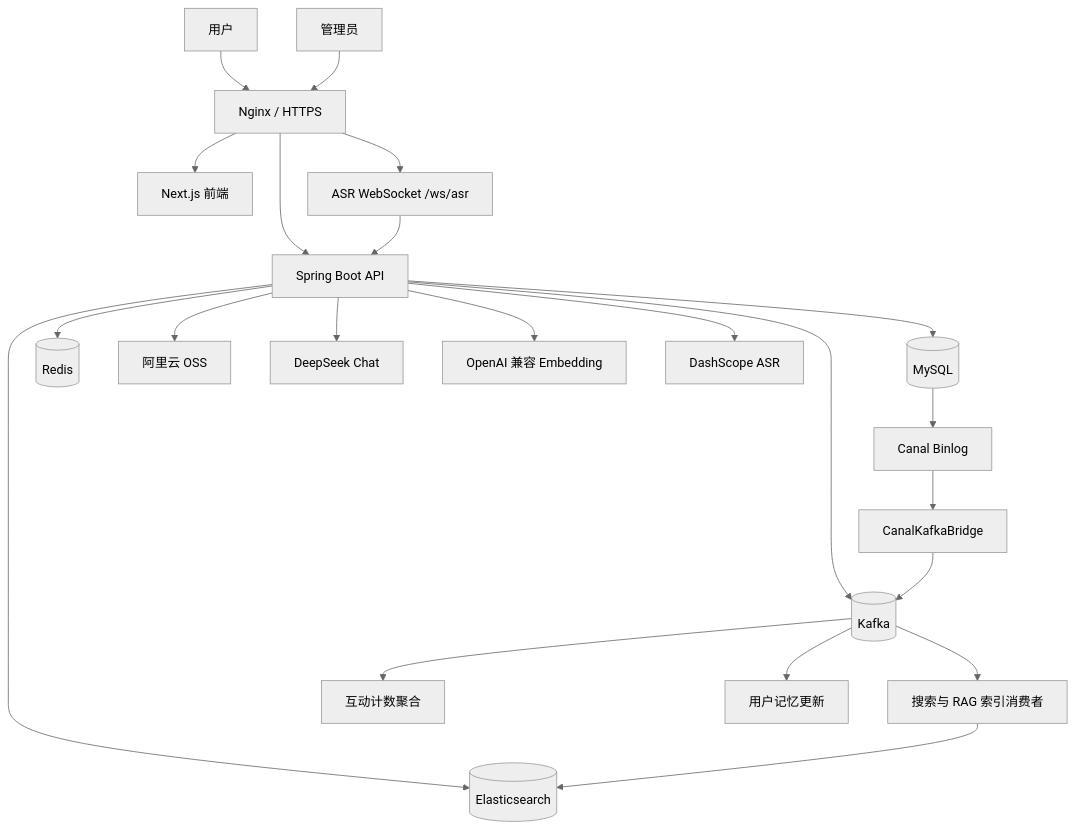
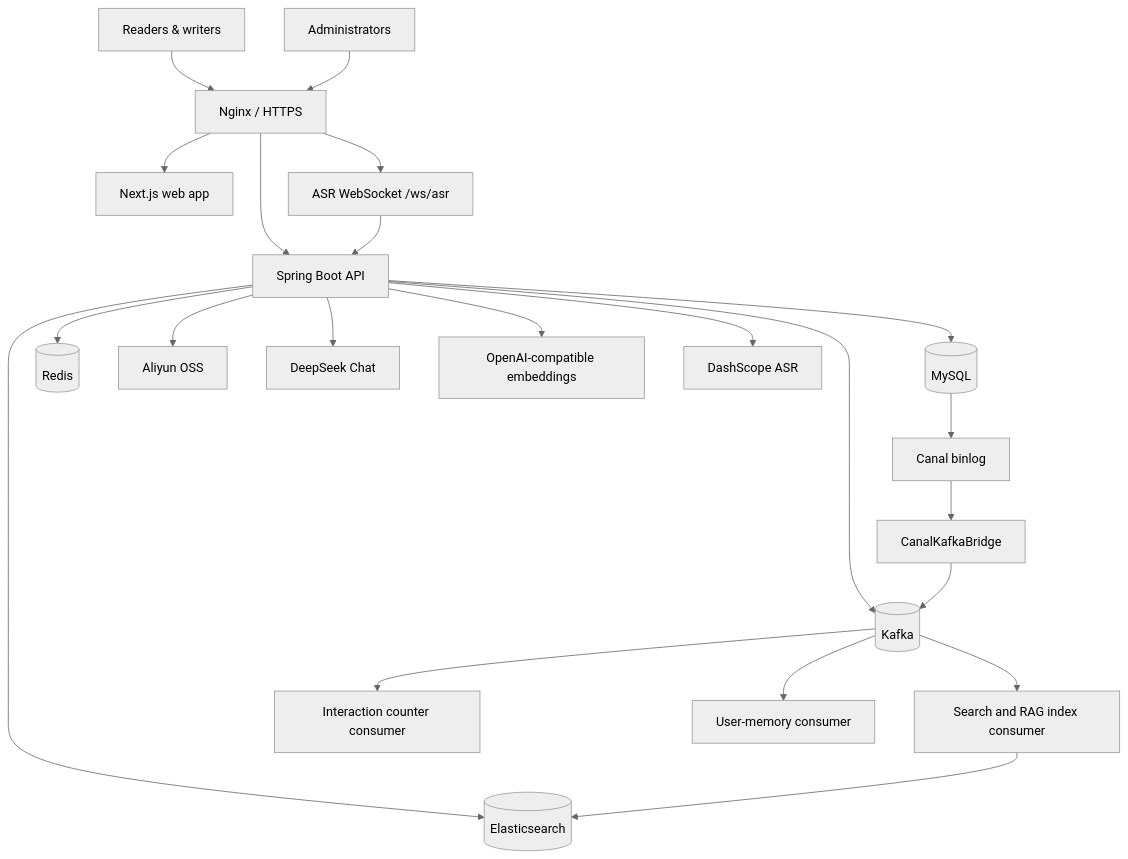
Before and after one commit to tdog54646/RuiWen: the first of 3 diagrams in README.md, drawn with Mermaid (neutral theme). The commit also changed other lines of this file and 1 other file, not shown here.

Commit message:
docs(readme): 重写 README 为英文并补充架构图

````diff
--- a/README.md
+++ b/README.md
@@ -65,27 +131,27 @@
 ```mermaid
 flowchart TB
-    User["用户"] --> Nginx["Nginx / HTTPS"]
-    Admin["管理员"] --> Nginx
+    User["Readers & writers"] --> Nginx["Nginx / HTTPS"]
+    Admin["Administrators"] --> Nginx
 
-    Nginx --> Frontend["Next.js 前端"]
+    Nginx --> Frontend["Next.js web app"]
     Nginx --> Backend["Spring Boot API"]
     Nginx --> ASR["ASR WebSocket /ws/asr"]
     ASR --> Backend
 
     Backend --> MySQL[("MySQL")]
     Backend --> Redis[("Redis")]
     Backend --> Kafka[("Kafka")]
     Backend --> ES[("Elasticsearch")]
-    Backend --> OSS["阿里云 OSS"]
-    Backend --> ChatModel["DeepSeek Chat"]
-    Backend --> Embedding["OpenAI 兼容 Embedding"]
-    Backend --> DashScope["DashScope ASR"]
+    Backend --> OSS["Aliyun OSS"]
+    Backend --> Chat["DeepSeek Chat"]
+    Backend --> Embedding["OpenAI-compatible embeddings"]
+    Backend --> Speech["DashScope ASR"]
 
-    MySQL --> Canal["Canal Binlog"]
+    MySQL --> Canal["Canal binlog"]
     Canal --> Bridge["CanalKafkaBridge"]
     Bridge --> Kafka
-    Kafka --> SearchConsumer["搜索与 RAG 索引消费者"]
+    Kafka --> SearchConsumer["Search and RAG index consumer"]
+    Kafka --> CounterConsumer["Interaction counter consumer"]
+    Kafka --> MemoryConsumer["User-memory consumer"]
     SearchConsumer --> ES
-    Kafka --> CounterConsumer["互动计数聚合"]
-    Kafka --> MemoryConsumer["用户记忆更新"]
 ```
````
